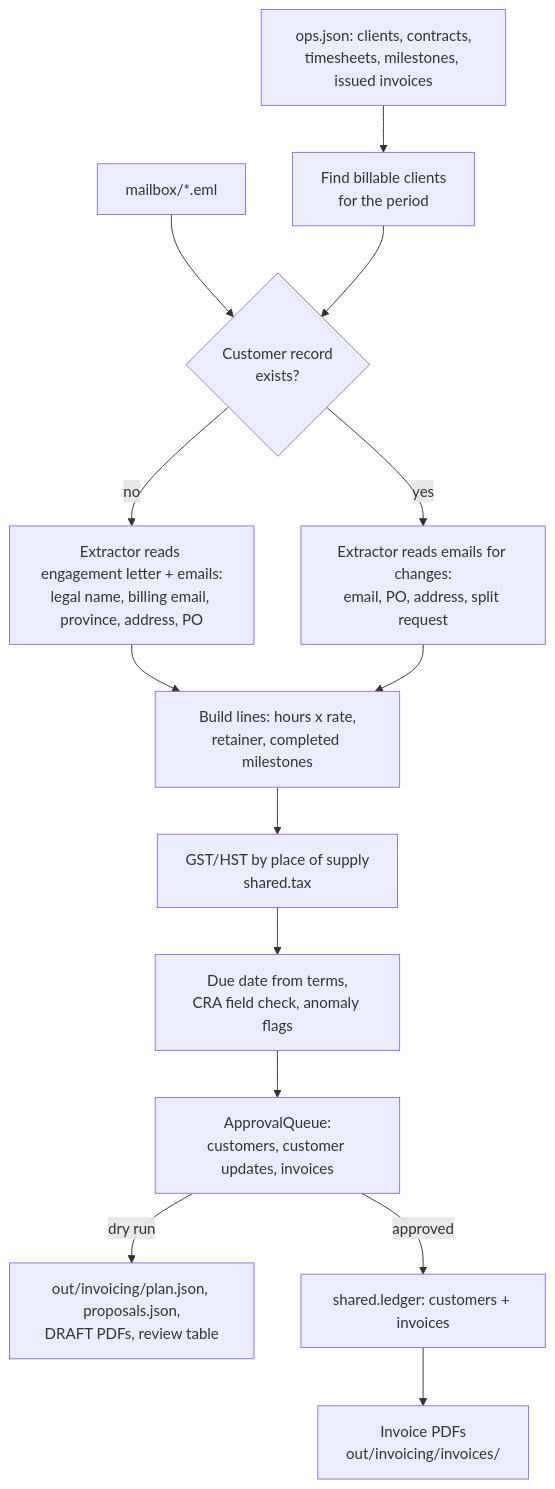
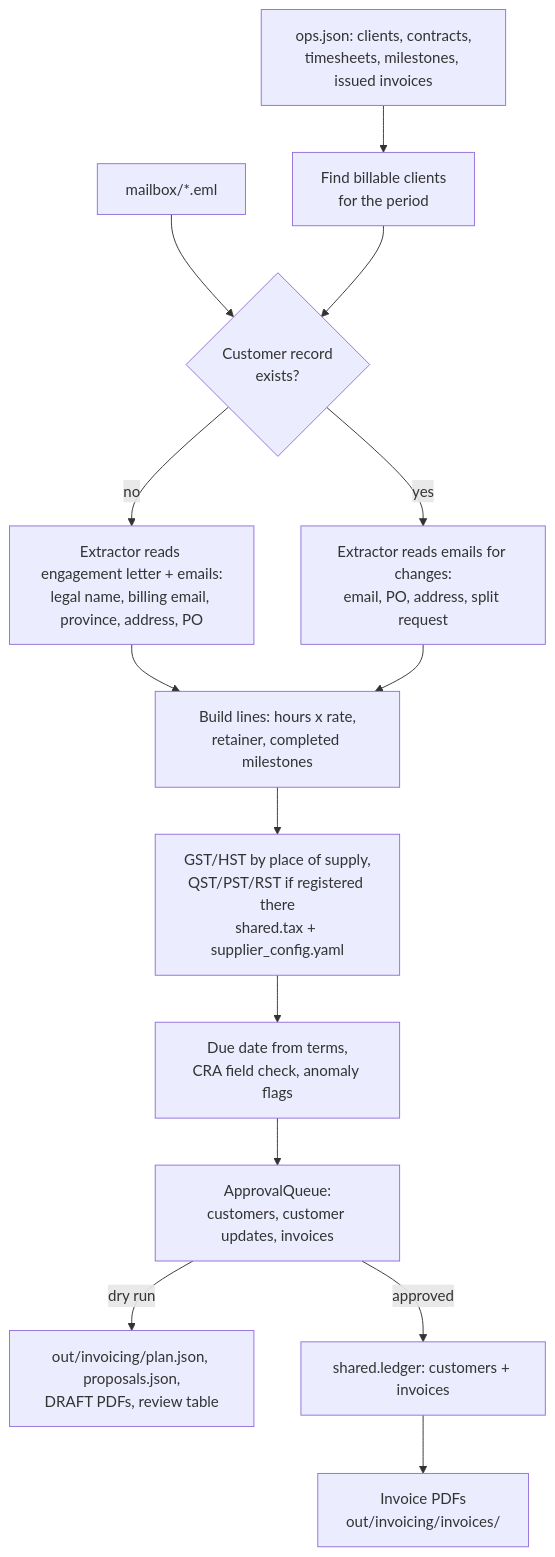
Before and after one commit to ankitmishra01/ai-finance-ops: the diagram in 01_invoicing/README.md, drawn with Mermaid. The commit also changed other lines of this file and 5 other files, not shown here.

First line of the commit message:
Docs: QST/PST support in the module READMEs, top README and architecture

````diff
--- a/01_invoicing/README.md
+++ b/01_invoicing/README.md
@@ -11,16 +11,16 @@
 ```mermaid
 flowchart TD
     A[ops.json: clients, contracts,<br/>timesheets, milestones, issued invoices] --> B[Find billable clients<br/>for the period]
     M[mailbox/*.eml] --> C
     B --> C{Customer record<br/>exists?}
     C -- no --> D[Extractor reads engagement letter + emails:<br/>legal name, billing email, province, address, PO]
     C -- yes --> E[Extractor reads emails for changes:<br/>email, PO, address, split request]
     D --> F[Build lines: hours x rate,<br/>retainer, completed milestones]
     E --> F
-    F --> G[GST/HST by place of supply<br/>shared.tax]
+    F --> G[GST/HST by place of supply,<br/>QST/PST/RST if registered there<br/>shared.tax + supplier_config.yaml]
     G --> H[Due date from terms,<br/>CRA field check, anomaly flags]
     H --> Q[ApprovalQueue:<br/>customers, customer updates, invoices]
     Q -- dry run --> R[out/invoicing/plan.json, proposals.json,<br/>DRAFT PDFs, review table]
     Q -- approved --> L[shared.ledger: customers + invoices]
     L --> P[Invoice PDFs<br/>out/invoicing/invoices/]
 ```
````
